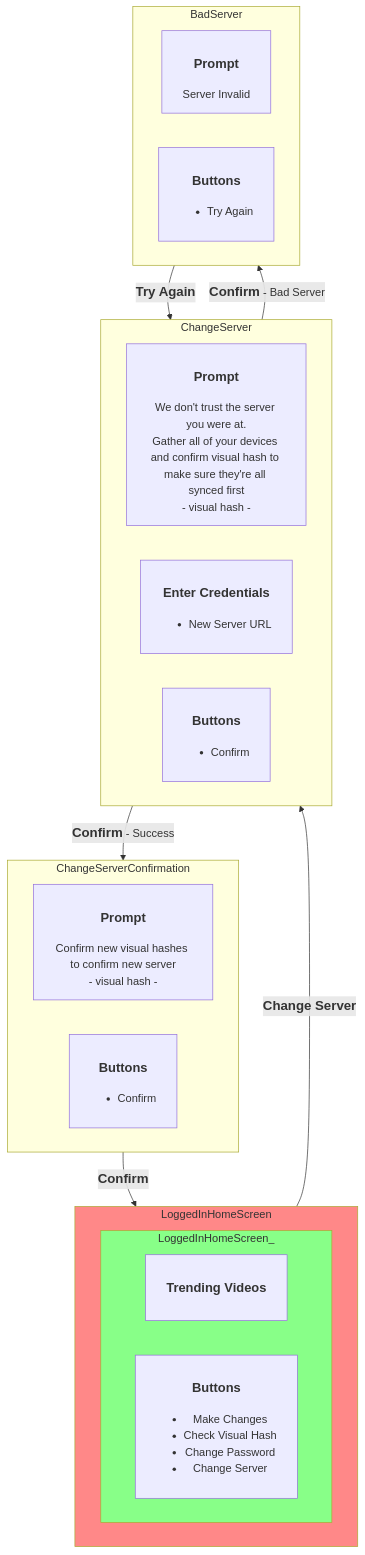
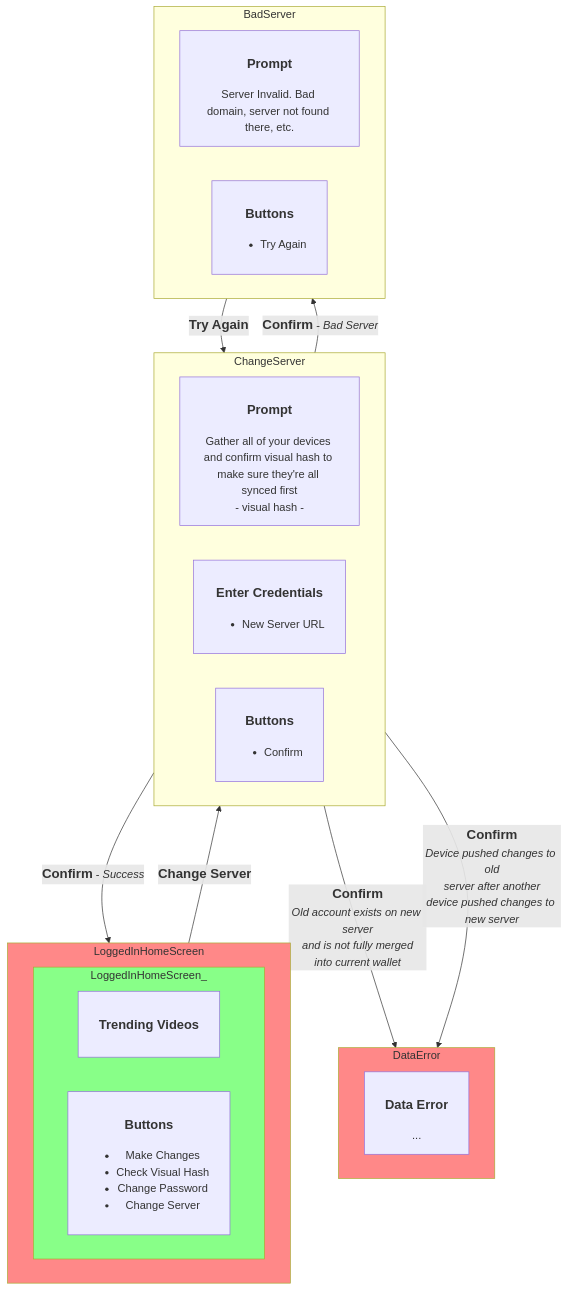
Before and after one commit to orblivion/lbry-wallet-sync-draft: diagram 16 of 16 in spec/user-flows.md, drawn with Mermaid. The commit also changed other lines of this file, not shown here.

````diff
--- a/spec/user-flows.md
+++ b/spec/user-flows.md
@@ -700,41 +881,43 @@
 ```mermaid
 flowchart TD
   classDef start fill:#8f8;
   classDef finish fill:#f88;
 
+  DataError:::finish
   LoggedInHomeScreen:::finish
   LoggedInHomeScreen_:::start
 
   LoggedInHomeScreen --<big><b>Change Server</b></big>--> ChangeServer
-  ChangeServer  --<big><b>Confirm</b></big> - Bad Server--> BadServer
-  ChangeServer  --<big><b>Confirm</b></big> - Success--> ChangeServerConfirmation
+  ChangeServer --<big><b>Confirm</b></big> - <i>Bad Server</i>--> BadServer
+  ChangeServer --<big><b>Confirm</b></big> - <i>Success</i>--> LoggedInHomeScreen
+  ChangeServer --<big><b>Confirm</b></big><br><i>Old account exists on new server</i><br><i>and is not fully merged</i><br><i>into current wallet</i>--> DataError
+  ChangeServer --<big><b>Confirm</b></big><br><i>Device pushed changes to old</i><br><i>server after another</i><br><i>device pushed changes to new server</i>--> DataError
+
   BadServer --<big><b>Try Again</b></big>--> ChangeServer
-  ChangeServerConfirmation --<big><b>Confirm</b></big>--> LoggedInHomeScreen
 
   subgraph LoggedInHomeScreen
     subgraph LoggedInHomeScreen_
       direction RL
       LoggedInHomeScreen1[<h3>Trending Videos</h3>]
       LoggedInHomeScreen2[<h3>Buttons</h3><ul> <li>Make Changes</li> <li>Check Visual Hash</li> <li>Change Password</li> <li>Change Server</li> </ul>]
     end
   end
 
   subgraph ChangeServer
     direction RL
-    ChangeServer1[<h3>Prompt</h3>We don't trust the server you were at.<br>Gather all of your devices and confirm visual hash to make sure they're all synced first<br>- visual hash -]
+    ChangeServer1[<h3>Prompt</h3>Gather all of your devices and confirm visual hash to make sure they're all synced first<br>- visual hash -]
     ChangeServer2[<h3>Enter Credentials</h3><ul><li>New Server URL</li></ul>]
     ChangeServer3[<h3>Buttons</h3><ul> <li>Confirm</li> </ul>]
   end
 
-  subgraph ChangeServerConfirmation
+  subgraph DataError
     direction RL
-    ChangeServerConfirmation1[<h3>Prompt</h3>Confirm new visual hashes to confirm new server<br>- visual hash -]
-    ChangeServerConfirmation2[<h3>Buttons</h3><ul> <li>Confirm</li> </ul>]
+    DataError1[<h3>Data Error</h3>...]
   end
 
   subgraph BadServer
     direction RL
-    BadServer1[<h3>Prompt</h3>Server Invalid]
+    BadServer1[<h3>Prompt</h3>Server Invalid. Bad domain, server not found there, etc.]
     BadServer2[<h3>Buttons</h3><ul> <li>Try Again</li> </ul>]
   end
 ```
````
